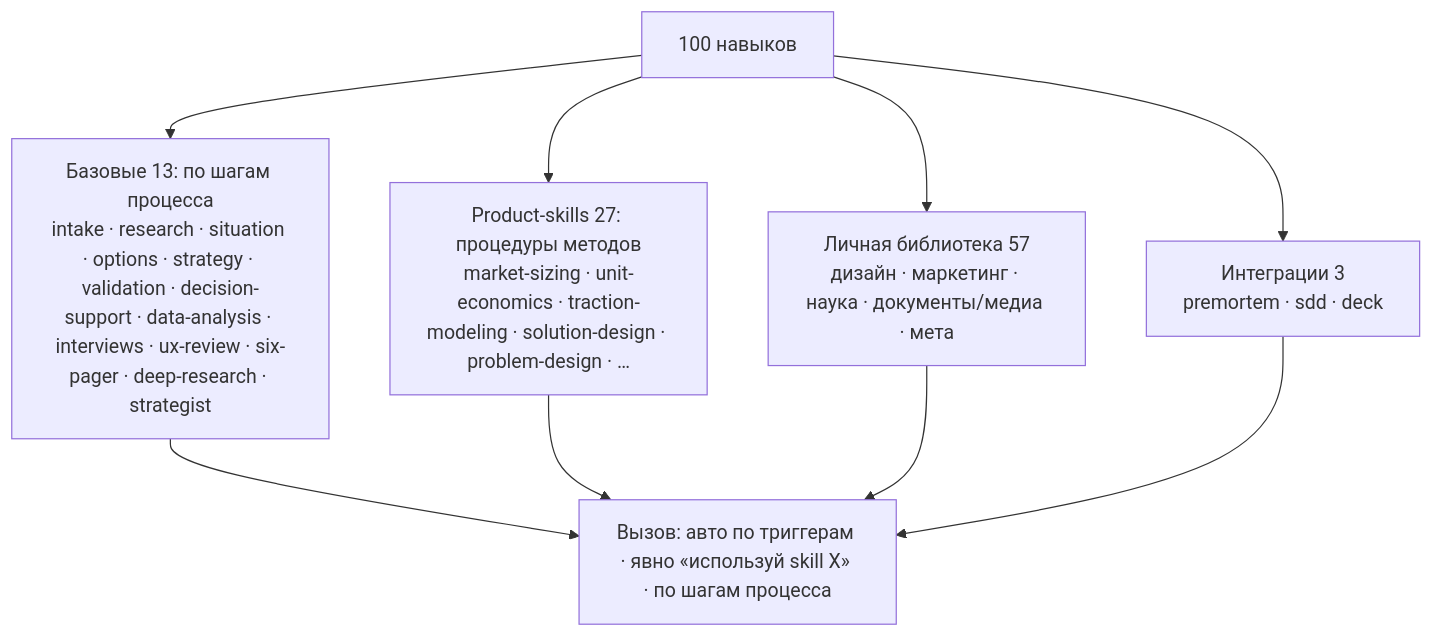
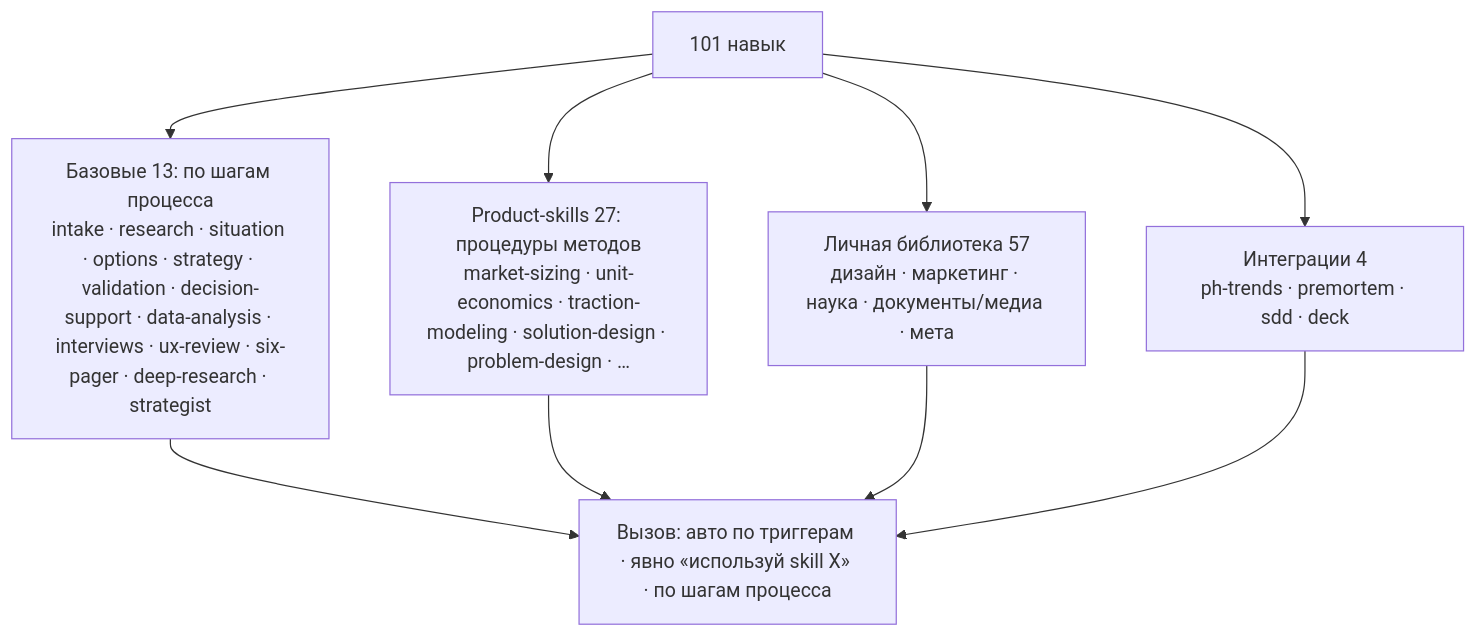
One commit to Fighter90/product-factory-strategist changed the third of 4 diagrams in README.md. Above: the diagram before and after it, drawn with Mermaid. The commit also changed other lines of this file and 13 other files, not shown here.

````diff
--- a/README.md
+++ b/README.md
@@ -220,8 +220,8 @@
 ```mermaid
 flowchart TB
-  SK["100 навыков"] --> B["Базовые 13: по шагам процесса<br/>intake · research · situation · options · strategy · validation · decision-support · data-analysis · interviews · ux-review · six-pager · deep-research · strategist"]
+  SK["101 навык"] --> B["Базовые 13: по шагам процесса<br/>intake · research · situation · options · strategy · validation · decision-support · data-analysis · interviews · ux-review · six-pager · deep-research · strategist"]
   SK --> P["Product-skills 27: процедуры методов<br/>market-sizing · unit-economics · traction-modeling · solution-design · problem-design · …"]
   SK --> L["Личная библиотека 57<br/>дизайн · маркетинг · наука · документы/медиа · мета"]
-  SK --> INT["Интеграции 3<br/>premortem · sdd · deck"]
+  SK --> INT["Интеграции 4<br/>ph-trends · premortem · sdd · deck"]
   B & P & L & INT --> INV["Вызов: авто по триггерам · явно «используй skill X» · по шагам процесса"]
 ```
````
